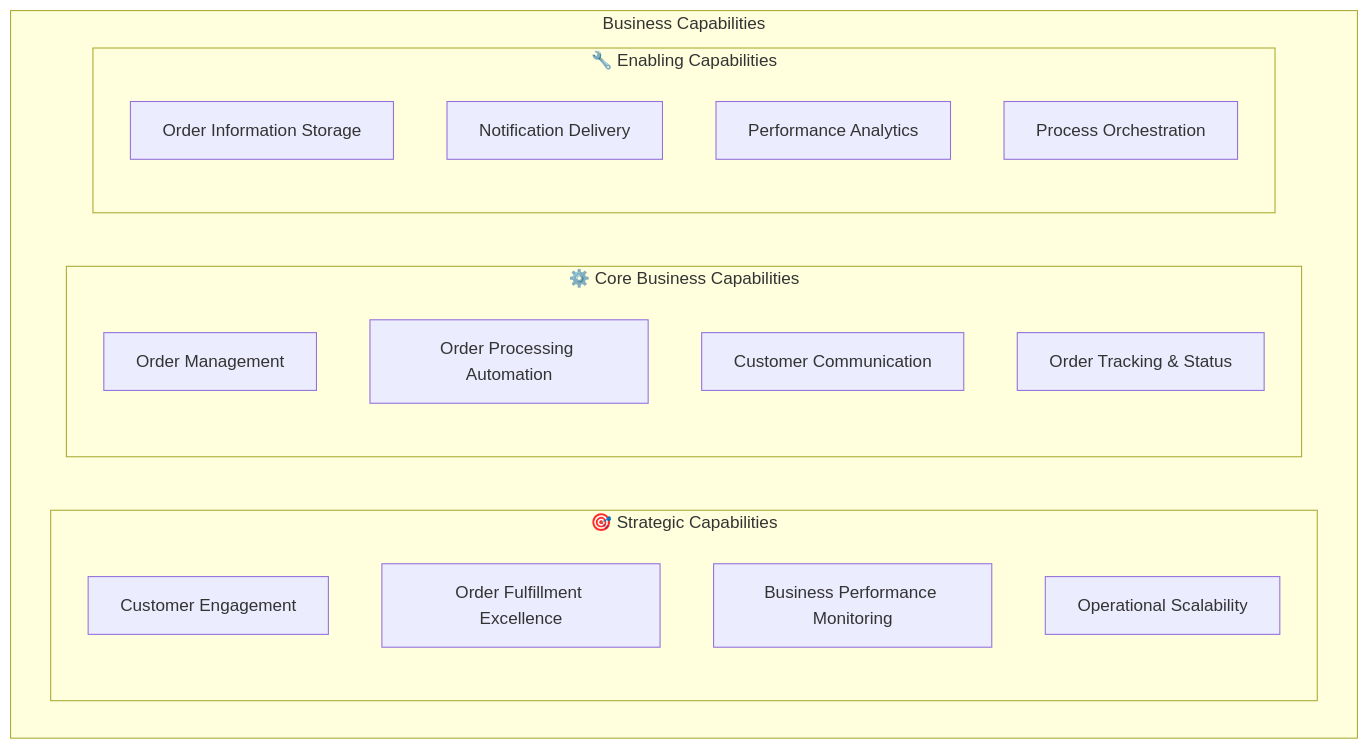
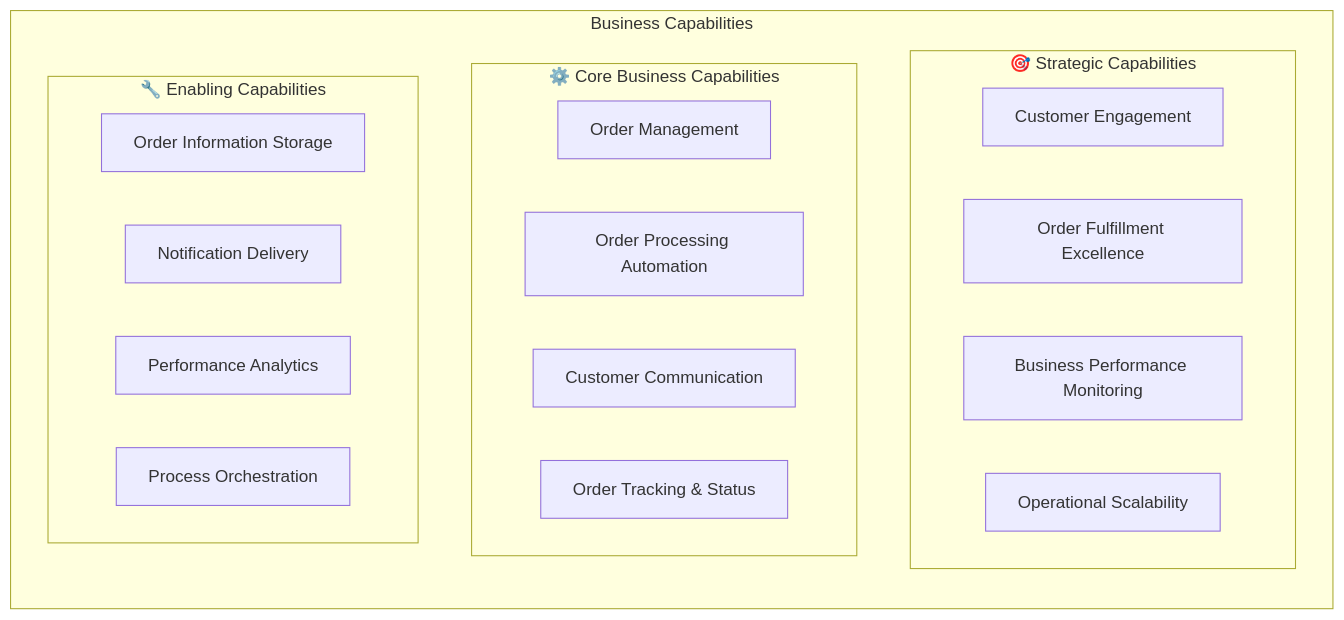
The first of 8 diagrams in docs/architecture/business-architecture.md (Evilazaro/Azure-LogicApps-Monitoring), drawn with Mermaid before and after one commit.

Commit message:
docs: Set flowchart direction to TD for Business Capabilities section

````diff
--- a/docs/architecture/business-architecture.md
+++ b/docs/architecture/business-architecture.md
@@ -126,25 +126,26 @@
 ```mermaid
 flowchart TD
     subgraph businesscap["Business Capabilities"]
+        direction TD
         subgraph strategic["🎯 Strategic Capabilities"]
             SC1["Customer Engagement"]
             SC2["Order Fulfillment Excellence"]
             SC3["Business Performance Monitoring"]
             SC4["Operational Scalability"]        
         end
         subgraph core["⚙️ Core Business Capabilities"]
             CC1["Order Management"]
             CC2["Order Processing Automation"]
             CC3["Customer Communication"]
             CC4["Order Tracking & Status"]
         end
         subgraph enabling["🔧 Enabling Capabilities"]
             EC1["Order Information Storage"]
             EC2["Notification Delivery"]
             EC3["Performance Analytics"]
             EC4["Process Orchestration"]
         end      
     end
     
 
 ```
````
